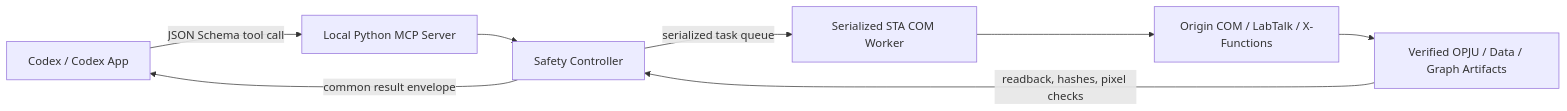
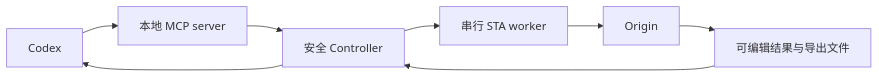
The diagram in README.zh-CN.md (Monika-shipship/origin-com-automation), drawn with Mermaid before and after one commit. The commit also changed other lines of this file and 4 other files, not shown here.

````diff
--- a/README.zh-CN.md
+++ b/README.zh-CN.md
@@ -233,10 +154,10 @@
 ```mermaid
 flowchart LR
-    Codex["Codex / Codex App"] -->|JSON Schema tool call| MCP["Local Python MCP Server"]
-    MCP --> Controller["Safety Controller"]
-    Controller -->|serialized task queue| STA["Serialized STA COM Worker"]
-    STA --> Origin["Origin COM / LabTalk / X-Functions"]
-    Origin --> Artifacts["Verified OPJU / Data / Graph Artifacts"]
-    Artifacts -->|readback, hashes, pixel checks| Controller
-    Controller -->|common result envelope| Codex
+    Codex["Codex"] --> MCP["本地 MCP server"]
+    MCP --> Controller["安全 Controller"]
+    Controller --> STA["串行 STA worker"]
+    STA --> Origin["Origin"]
+    Origin --> Artifacts["可编辑结果与导出文件"]
+    Artifacts --> Controller
+    Controller --> Codex
 ```
````
